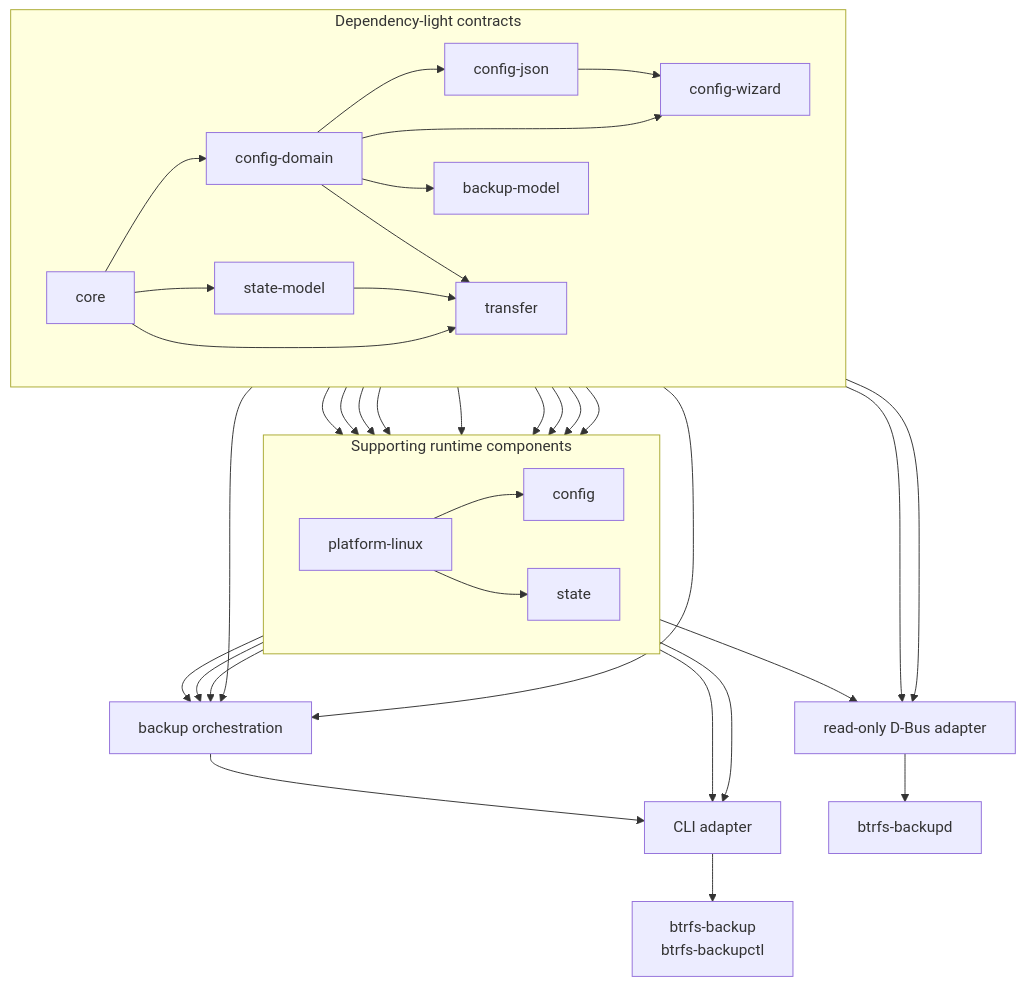
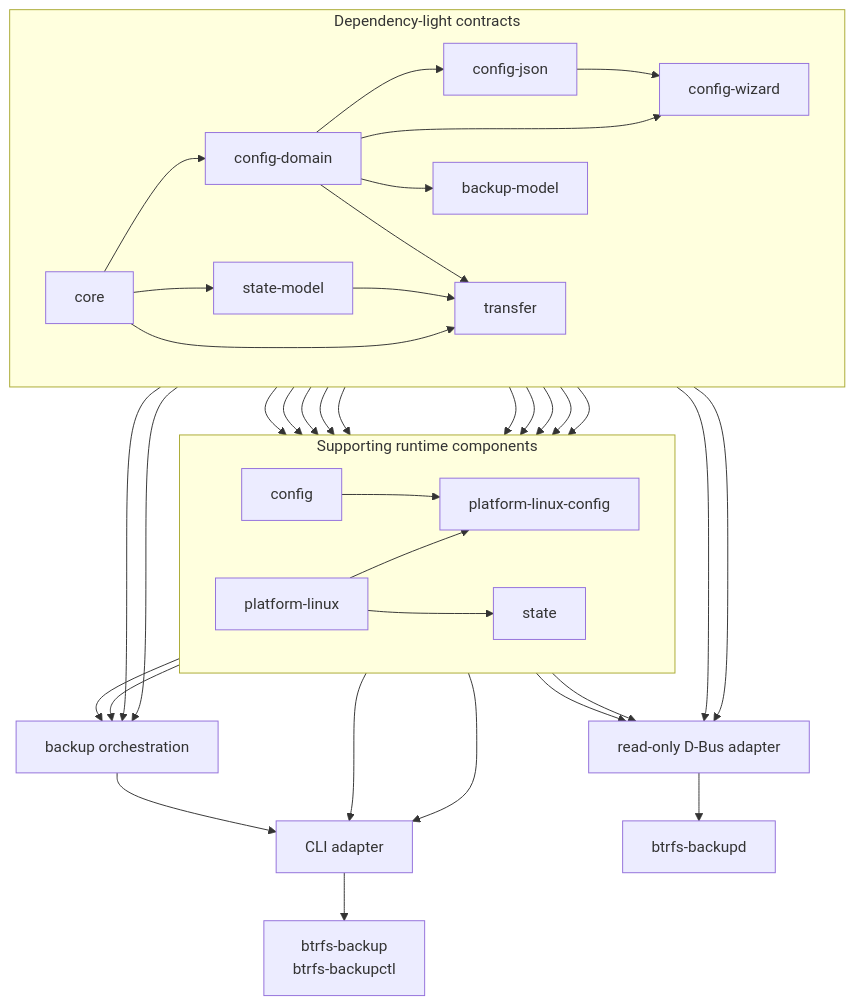
Before and after one commit to kapiwko/btrfs-backup: the diagram in docs/cpp-layout.md, drawn with Mermaid. The commit also changed 12 other files, not shown here.

````diff
--- a/docs/cpp-layout.md
+++ b/docs/cpp-layout.md
@@ -57,60 +57,63 @@
 ```mermaid
 flowchart TB
     subgraph contracts[Dependency-light contracts]
         direction LR
         core[core]
         config_domain[config-domain]
         config_json[config-json]
         config_wizard[config-wizard]
         state_model[state-model]
         backup_model[backup-model]
         transfer[transfer]
 
         core --> config_domain
         config_domain --> config_json
         config_domain --> config_wizard
         config_json --> config_wizard
         core --> state_model
         config_domain --> backup_model
         core --> transfer
         config_domain --> transfer
         state_model --> transfer
     end
 
     subgraph support[Supporting runtime components]
         direction LR
         platform[platform-linux]
         config[config]
+        linux_config[platform-linux-config]
         state[state]
     end
 
     backup[backup orchestration]
     cli[CLI adapter]
     daemon[read-only D-Bus adapter]
 
     config_domain --> platform
     backup_model --> platform
     transfer --> platform
     config_domain --> config
     config_json --> config
-    config_wizard --> config
-    platform --> config
+    config --> linux_config
+    config_json --> linux_config
+    config_wizard --> linux_config
+    platform --> linux_config
     config_domain --> state
     config_json --> state
     state_model --> state
     platform --> state
     backup_model --> backup
     transfer --> backup
     platform --> backup
-    config --> backup
     state --> backup
     backup --> cli
-    config --> cli
+    linux_config --> cli
     state --> cli
     config_domain --> daemon
     config_json --> daemon
     platform --> daemon
+    linux_config --> daemon
 
     cli --> executables[btrfs-backup<br/>btrfs-backupctl]
     daemon --> manager[btrfs-backupd]
 ```
````
